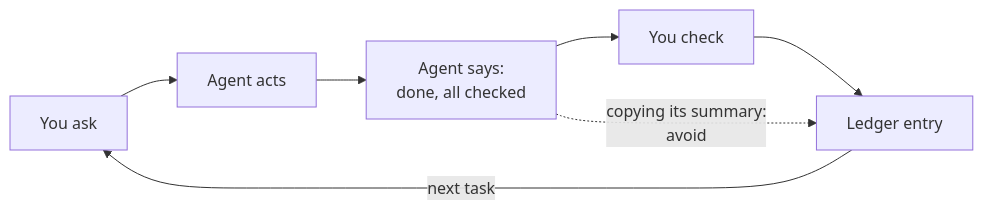
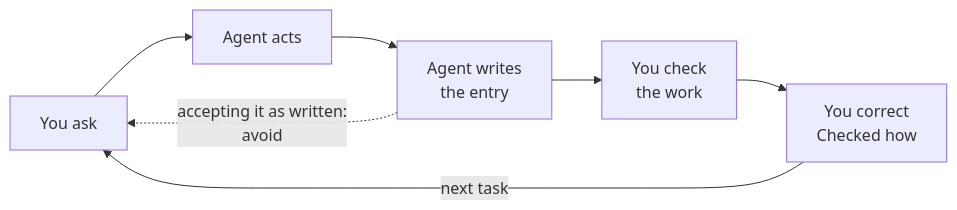
One commit to seandavi/2026-penn-epigen-agentic-workshop changed the diagram in book/chapters/02-ledger.qmd. Above: the diagram before and after it, drawn with Mermaid. The commit also changed other lines of this file and 12 other files, not shown here.

First line of the commit message:
Ledger chapter: the agent writes the ledger; it records what matters

````diff
--- a/book/chapters/02-ledger.qmd
+++ b/book/chapters/02-ledger.qmd
@@ -88,16 +122,17 @@
 ```{mermaid}
 %%| label: fig-ledger-loop
-%%| fig-cap: "The ledger in a session. Each task ends with an entry written from what you
-%%|   checked, not from what the agent reported."
-%%| fig-alt: "A loop: you ask, the agent acts, the agent says it is done and checked, you
-%%|   check, you write a ledger entry, then the next task. A dashed shortcut goes from the
-%%|   agent's report straight to the ledger entry, labelled as the step to avoid."
+%%| fig-cap: "The ledger in a session. The agent writes the entry when it finishes
+%%|   something worth recording; you check the work and correct the entry."
+%%| fig-alt: "A loop: you ask, the agent acts, the agent writes a ledger entry, you check
+%%|   the work, you correct the entry's Checked how, then the next task. A dashed shortcut
+%%|   goes from the agent's entry straight to the next task, labelled as the step to
+%%|   avoid."
 flowchart LR
-  accDescr: A loop - you ask, the agent acts, the agent says it is done and checked, you
+  accDescr: A loop. You ask, the agent acts, the agent writes a ledger entry, you check the work, you correct the entry's Checked how, then the next task. A dashed shortcut goes from the agent's entry straight to the next task, labelled as the step to avoid.
   ask["You ask"] --> act["Agent acts"]
-  act --> says["Agent says:<br/>done, all checked"]
-  says --> check["You check"]
-  check --> write["Ledger entry"]
-  write -- "next task" --> ask
-  says -. "copying its summary:<br/>avoid" .-> write
+  act --> write["Agent writes<br/>the entry"]
+  write --> check["You check<br/>the work"]
+  check --> fix["You correct<br/>Checked how"]
+  fix -- "next task" --> ask
+  write -. "accepting it as written:<br/>avoid" .-> ask
 ```
````
